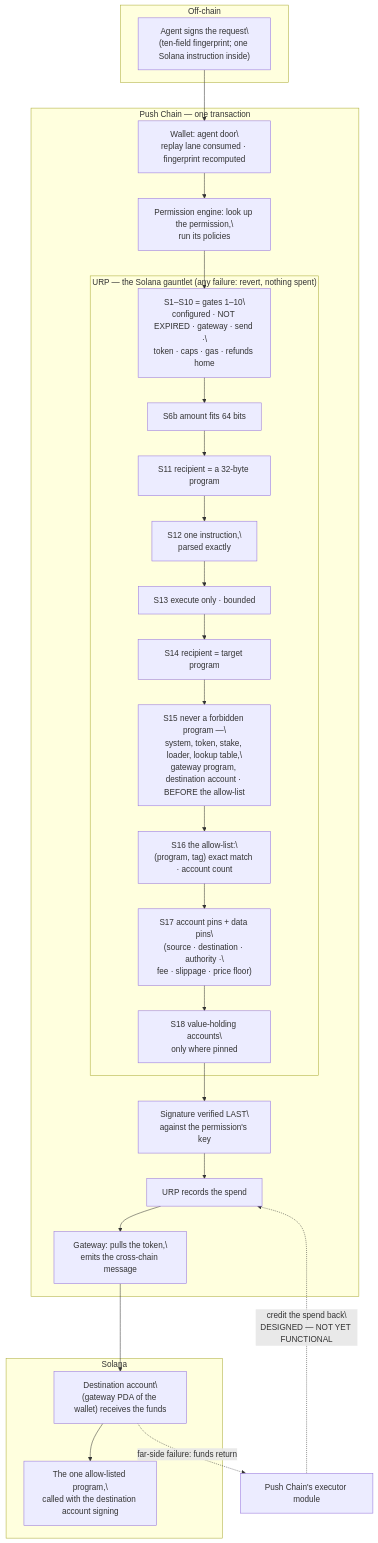
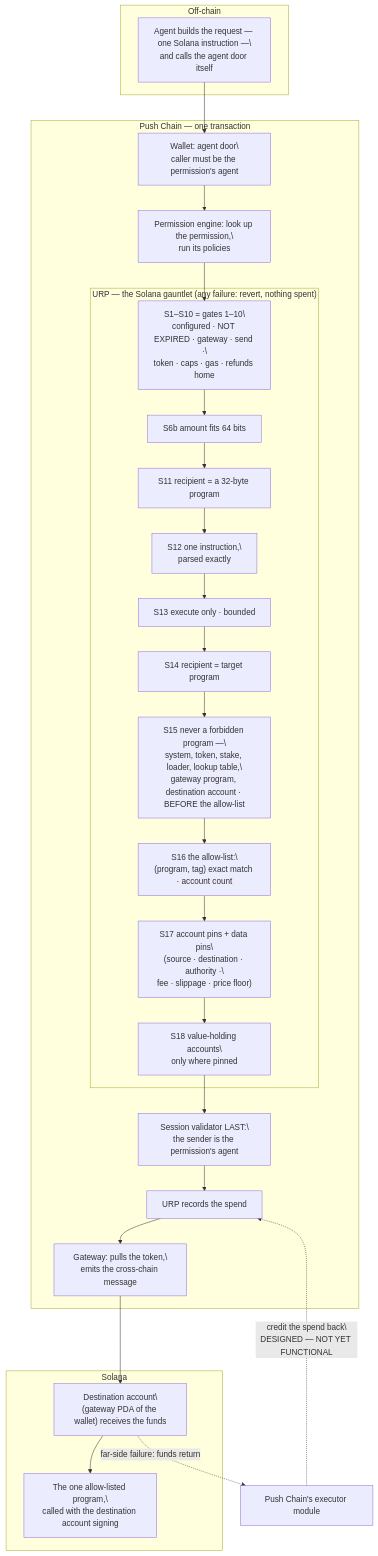
One commit to HusseinAdeiza/push-agentic-wallets changed the third of 4 diagrams in docs/2_UniversalRulesPolicy.md. Above: the diagram before and after it, drawn with Mermaid. The commit also changed other lines of this file and 33 other files, not shown here.

Commit message:
d3 pushSessionValidator-replaced-wd-AgentValidator

````diff
--- a/docs/2_UniversalRulesPolicy.md
+++ b/docs/2_UniversalRulesPolicy.md
@@ -240,49 +240,49 @@
 ```mermaid
 flowchart TB
   subgraph OFF["Off-chain"]
-    AG["Agent signs the request\
-(ten-field fingerprint; one Solana instruction inside)"]
+    AG["Agent builds the request — one Solana instruction —\
+and calls the agent door itself"]
   end
   subgraph PUSH["Push Chain — one transaction"]
     DOOR["Wallet: agent door\
-replay lane consumed · fingerprint recomputed"]
+caller must be the permission's agent"]
     ENG["Permission engine: look up the permission,\
 run its policies"]
     subgraph SGATES["URP — the Solana gauntlet (any failure: revert, nothing spent)"]
       S1["S1–S10 = gates 1–10\
 configured · NOT EXPIRED · gateway · send ·\
 token · caps · gas · refunds home"] --> S6b["S6b amount fits 64 bits"]
       S6b --> S11["S11 recipient = a 32-byte program"] --> S12["S12 one instruction,\
 parsed exactly"]
       S12 --> S13["S13 execute only · bounded"] --> S14["S14 recipient = target program"]
       S14 --> S15["S15 never a forbidden program —\
 system, token, stake, loader, lookup table,\
 gateway program, destination account · BEFORE the allow-list"]
       S15 --> S16["S16 the allow-list:\
 (program, tag) exact match · account count"]
       S16 --> S17["S17 account pins + data pins\
 (source · destination · authority ·\
 fee · slippage · price floor)"]
       S17 --> S18["S18 value-holding accounts\
 only where pinned"]
     end
-    SIGN["Signature verified LAST\
-against the permission's key"]
+    SIGN["Session validator LAST:\
+the sender is the permission's agent"]
     SPEND["URP records the spend"]
     GW["Gateway: pulls the token,\
 emits the cross-chain message"]
   end
   subgraph SOL["Solana"]
     DA["Destination account\
 (gateway PDA of the wallet) receives the funds"]
     PR["The one allow-listed program,\
 called with the destination account signing"]
   end
   EXE["Push Chain's executor module"]
 
   AG --> DOOR --> ENG --> S1
   S18 --> SIGN --> SPEND --> GW --> DA --> PR
   DA -. "far-side failure: funds return" .-> EXE
   EXE -. "credit the spend back\
 DESIGNED — NOT YET FUNCTIONAL" .-> SPEND
 ```
````
